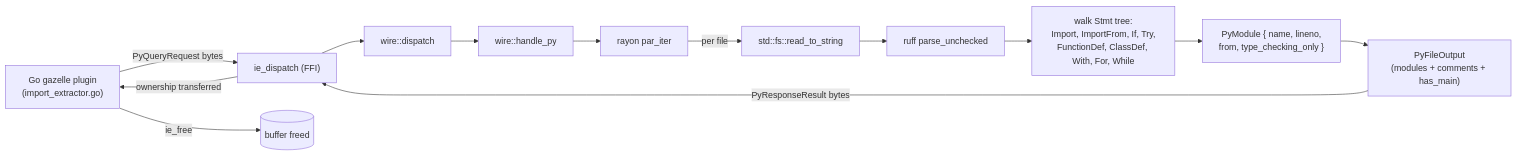
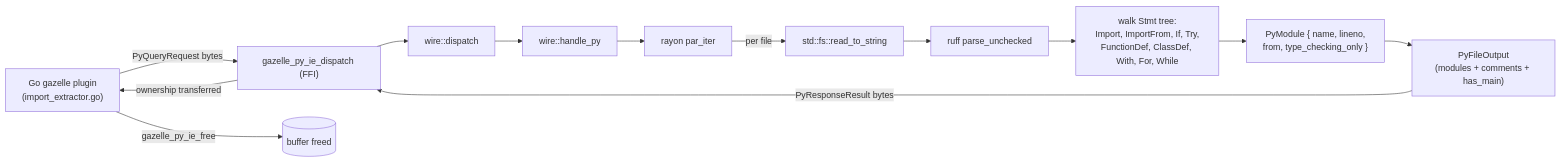
The diagram in crates/import_extractor/README.md (perplexityai/gazelle_py), drawn with Mermaid before and after one commit. The commit also changed other lines of this file and 5 other files, not shown here.

First line of the commit message:
Namespace Python import extractor FFI symbols (#45)

````diff
--- a/crates/import_extractor/README.md
+++ b/crates/import_extractor/README.md
@@ -11,15 +11,15 @@
 ```mermaid
 flowchart LR
-    Caller["Go gazelle plugin\n(import_extractor.go)"] -- "PyQueryRequest bytes" --> ffi["ie_dispatch (FFI)"]
+    Caller["Go gazelle plugin\n(import_extractor.go)"] -- "PyQueryRequest bytes" --> ffi["gazelle_py_ie_dispatch (FFI)"]
     ffi --> wire["wire::dispatch"]
     wire --> handle["wire::handle_py"]
     handle --> par["rayon par_iter"]
     par -->|"per file"| read["std::fs::read_to_string"]
     read --> parse["ruff parse_unchecked"]
     parse --> visit["walk Stmt tree:\nImport, ImportFrom, If, Try,\nFunctionDef, ClassDef, With, For, While"]
     visit --> emit["PyModule { name, lineno,\nfrom, type_checking_only }"]
     emit --> resp["PyFileOutput\n(modules + comments + has_main)"]
     resp -- "PyResponseResult bytes" --> ffi
     ffi -- "ownership transferred" --> Caller
-    Caller -- "ie_free" --> Drop[(buffer freed)]
+    Caller -- "gazelle_py_ie_free" --> Drop[(buffer freed)]
 ```
````
